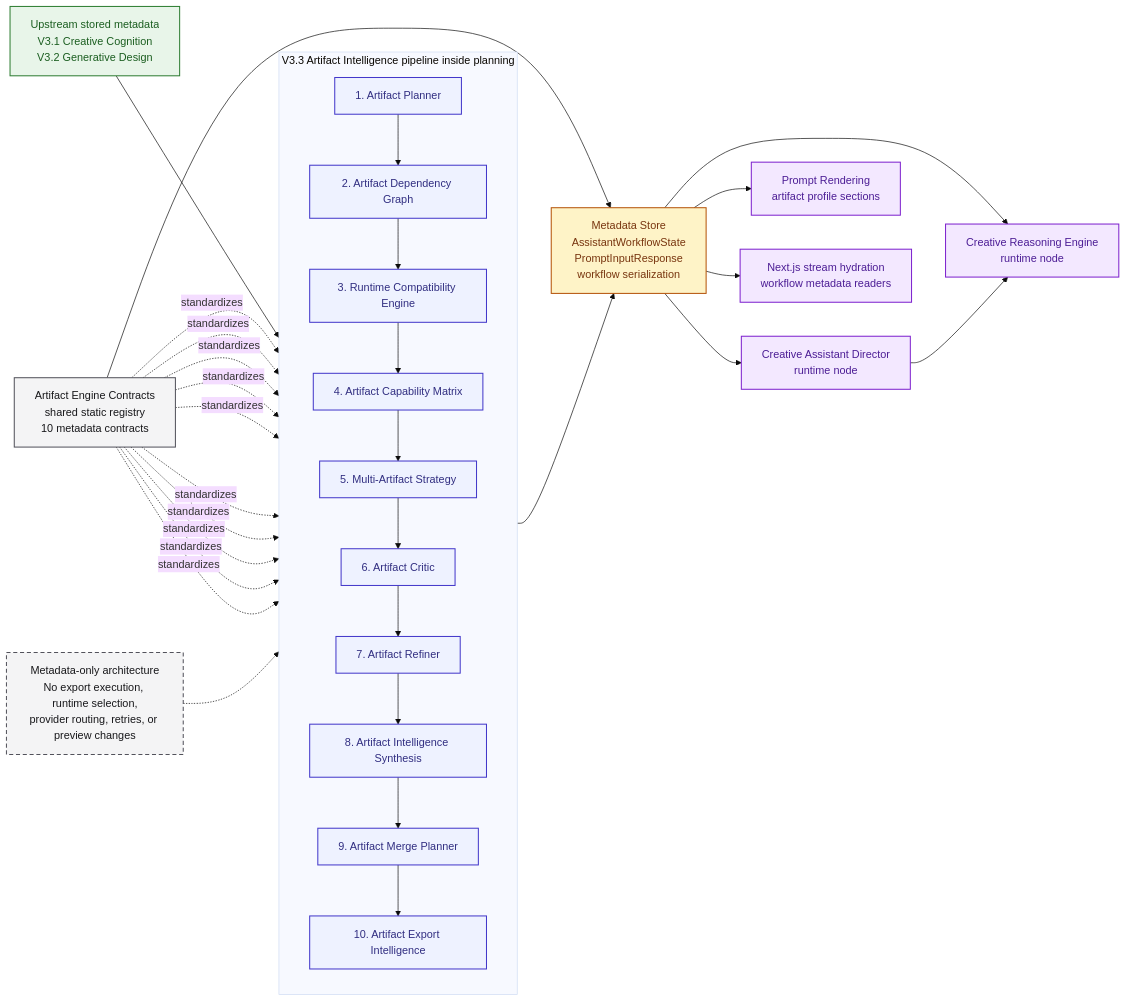
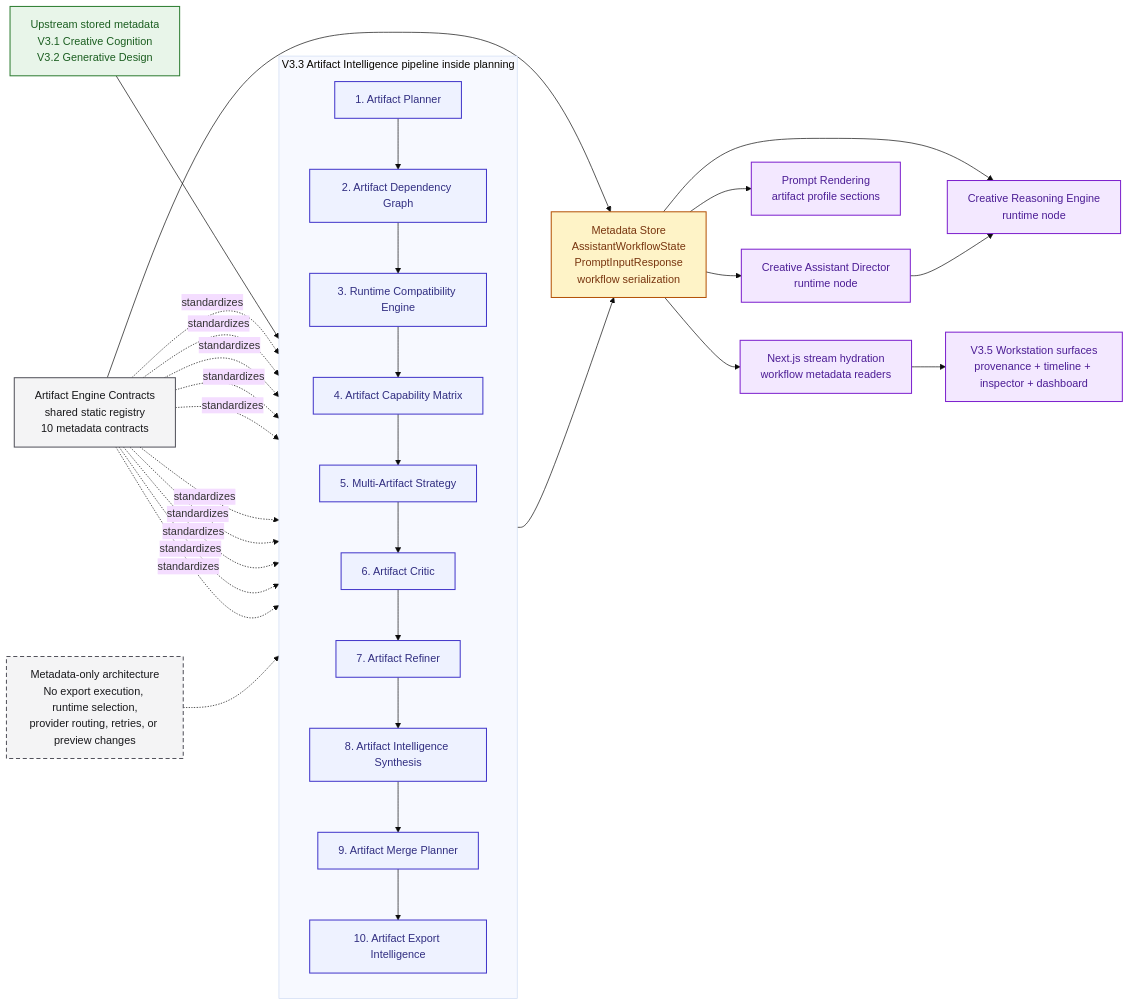
The diagram in architecture/artifact_intelligence_graph.md (lmguerrini/creative-coding-assistant), drawn with Mermaid (base theme) before and after one commit. The commit also changed other lines of this file and 11 other files, not shown here.

First line of the commit message:
Document workstation surface architecture

````diff
--- a/architecture/artifact_intelligence_graph.md
+++ b/architecture/artifact_intelligence_graph.md
@@ -37,54 +44,56 @@
 ```mermaid
 flowchart LR
     classDef upstream fill:#E8F5E9,stroke:#2E7D32,color:#1B5E20,stroke-width:1.5px;
     classDef artifact fill:#EEF2FF,stroke:#4338CA,color:#312E81,stroke-width:1.5px;
     classDef contract fill:#F4F4F5,stroke:#52525B,color:#18181B,stroke-width:1.5px;
     classDef store fill:#FEF3C7,stroke:#B45309,color:#78350F,stroke-width:1.5px;
     classDef consumer fill:#F3E8FF,stroke:#7E22CE,color:#4C1D95,stroke-width:1.5px;
     classDef note fill:#F4F4F5,stroke:#52525B,color:#18181B,stroke-width:1.5px,stroke-dasharray: 6 4;
 
     upstream["Upstream stored metadata<br/>V3.1 Creative Cognition<br/>V3.2 Generative Design"]:::upstream
 
     subgraph artifact_stack["V3.3 Artifact Intelligence pipeline inside planning"]
         direction TB
         planner["1. Artifact Planner"]:::artifact
         dependency["2. Artifact Dependency Graph"]:::artifact
         runtime["3. Runtime Compatibility Engine"]:::artifact
         capability["4. Artifact Capability Matrix"]:::artifact
         strategy["5. Multi-Artifact Strategy"]:::artifact
         critic["6. Artifact Critic"]:::artifact
         refiner["7. Artifact Refiner"]:::artifact
         synthesis["8. Artifact Intelligence Synthesis"]:::artifact
         merge["9. Artifact Merge Planner"]:::artifact
         export["10. Artifact Export Intelligence"]:::artifact
     end
 
     contracts["Artifact Engine Contracts<br/>shared static registry<br/>10 metadata contracts"]:::contract
     store["Metadata Store<br/>AssistantWorkflowState<br/>PromptInputResponse<br/>workflow serialization"]:::store
     director["Creative Assistant Director<br/>runtime node"]:::consumer
     reasoning["Creative Reasoning Engine<br/>runtime node"]:::consumer
     prompt["Prompt Rendering<br/>artifact profile sections"]:::consumer
     stream["Next.js stream hydration<br/>workflow metadata readers"]:::consumer
+    workstation["V3.5 Workstation surfaces<br/>provenance + timeline + inspector + dashboard"]:::consumer
     note["Metadata-only architecture<br/>No export execution, runtime selection,<br/>provider routing, retries, or preview changes"]:::note
 
     upstream --> planner --> dependency --> runtime --> capability --> strategy --> critic --> refiner --> synthesis --> merge --> export
     contracts -. standardizes .-> planner
     contracts -. standardizes .-> dependency
     contracts -. standardizes .-> runtime
     contracts -. standardizes .-> capability
     contracts -. standardizes .-> strategy
     contracts -. standardizes .-> critic
     contracts -. standardizes .-> refiner
     contracts -. standardizes .-> synthesis
     contracts -. standardizes .-> merge
     contracts -. standardizes .-> export
 
     export --> store
     contracts --> store
     store --> director
     store --> reasoning
     store --> prompt
     store --> stream
+    stream --> workstation
     director --> reasoning
     note -.-> artifact_stack
 ```
````
